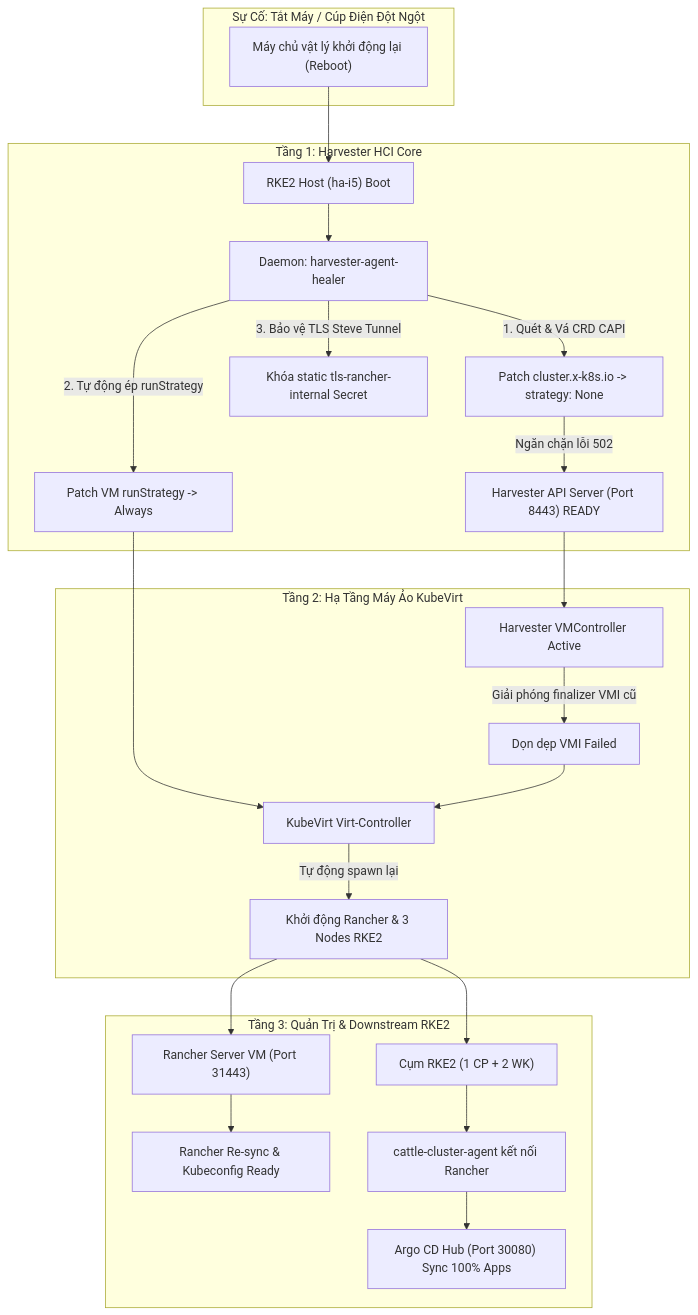
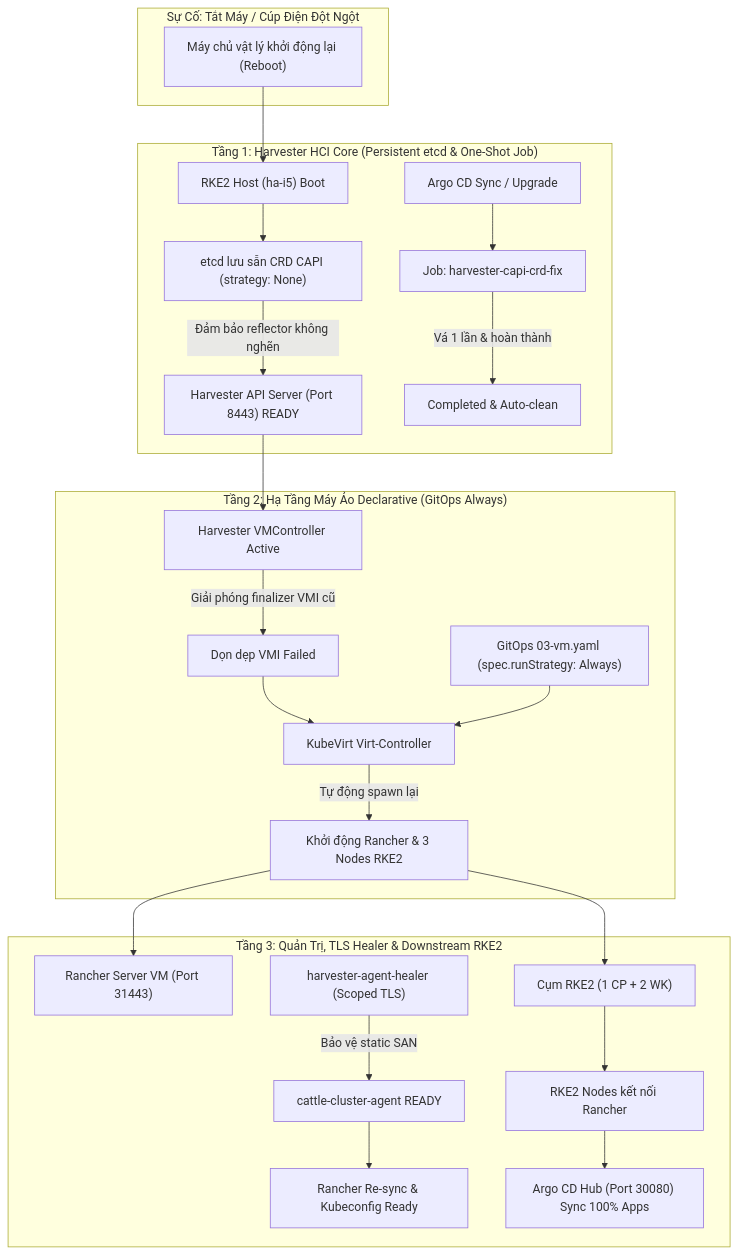
Before and after one commit to 001123/lab-harvester-gitops: the diagram in docs/AUTO_RECOVERY_GUIDE.md, drawn with Mermaid. The commit also changed other lines of this file and 4 other files, not shown here.

Commit message:
refactor(self-healing): standardize architecture with CAPI Job, declarative VM Always, and scoped TLS healer

````diff
--- a/docs/AUTO_RECOVERY_GUIDE.md
+++ b/docs/AUTO_RECOVERY_GUIDE.md
@@ -9,31 +9,31 @@
 ```mermaid
 graph TD
     subgraph "Sự Cố: Tắt Máy / Cúp Điện Đột Ngột"
         PowerCycle["Máy chủ vật lý khởi động lại (Reboot)"]
     end
 
-    subgraph "Tầng 1: Harvester HCI Core"
+    subgraph "Tầng 1: Harvester HCI Core (Persistent etcd & One-Shot Job)"
         PowerCycle --> RKE2_Host["RKE2 Host (ha-i5) Boot"]
-        RKE2_Host --> HealerDaemon["Daemon: harvester-agent-healer"]
-        HealerDaemon -->|1. Quét & Vá CRD CAPI| CRDFix["Patch cluster.x-k8s.io -> strategy: None"]
-        CRDFix -->|Ngăn chặn lỗi 502| HarvesterAPI["Harvester API Server (Port 8443) READY"]
-        HealerDaemon -->|2. Tự động ép runStrategy| VMFix["Patch VM runStrategy -> Always"]
-        HealerDaemon -->|3. Bảo vệ TLS Steve Tunnel| TLSFix["Khóa static tls-rancher-internal Secret"]
+        RKE2_Host --> EtcdState["etcd lưu sẵn CRD CAPI (strategy: None)"]
+        EtcdState -->|Đảm bảo reflector không nghẽn| HarvesterAPI["Harvester API Server (Port 8443) READY"]
+        SyncTrigger["Argo CD Sync / Upgrade"] --> CRDJob["Job: harvester-capi-crd-fix"]
+        CRDJob -->|Vá 1 lần & hoàn thành| CRDComplete["Completed & Auto-clean"]
     end
 
-    subgraph "Tầng 2: Hạ Tầng Máy Ảo KubeVirt"
+    subgraph "Tầng 2: Hạ Tầng Máy Ảo Declarative (GitOps Always)"
         HarvesterAPI --> VMController["Harvester VMController Active"]
-        VMFix --> KubeVirt["KubeVirt Virt-Controller"]
         VMController -->|Giải phóng finalizer VMI cũ| CleanVMI["Dọn dẹp VMI Failed"]
-        CleanVMI --> KubeVirt
+        CleanVMI --> KubeVirt["KubeVirt Virt-Controller"]
+        GitOpsDeclarative["GitOps 03-vm.yaml (spec.runStrategy: Always)"] --> KubeVirt
         KubeVirt -->|Tự động spawn lại| StartVMs["Khởi động Rancher & 3 Nodes RKE2"]
     end
 
-    subgraph "Tầng 3: Quản Trị & Downstream RKE2"
+    subgraph "Tầng 3: Quản Trị, TLS Healer & Downstream RKE2"
         StartVMs --> RVM["Rancher Server VM (Port 31443)"]
         StartVMs --> RKE2["Cụm RKE2 (1 CP + 2 WK)"]
-        RVM --> SyncCluster["Rancher Re-sync & Kubeconfig Ready"]
-        RKE2 --> AgentConnect["cattle-cluster-agent kết nối Rancher"]
+        Healer["harvester-agent-healer (Scoped TLS)"] -->|Bảo vệ static SAN| TLSProtect["cattle-cluster-agent READY"]
+        TLSProtect --> SyncCluster["Rancher Re-sync & Kubeconfig Ready"]
+        RKE2 --> AgentConnect["RKE2 Nodes kết nối Rancher"]
         AgentConnect --> ArgoCD["Argo CD Hub (Port 30080) Sync 100% Apps"]
     end
 ```
````
